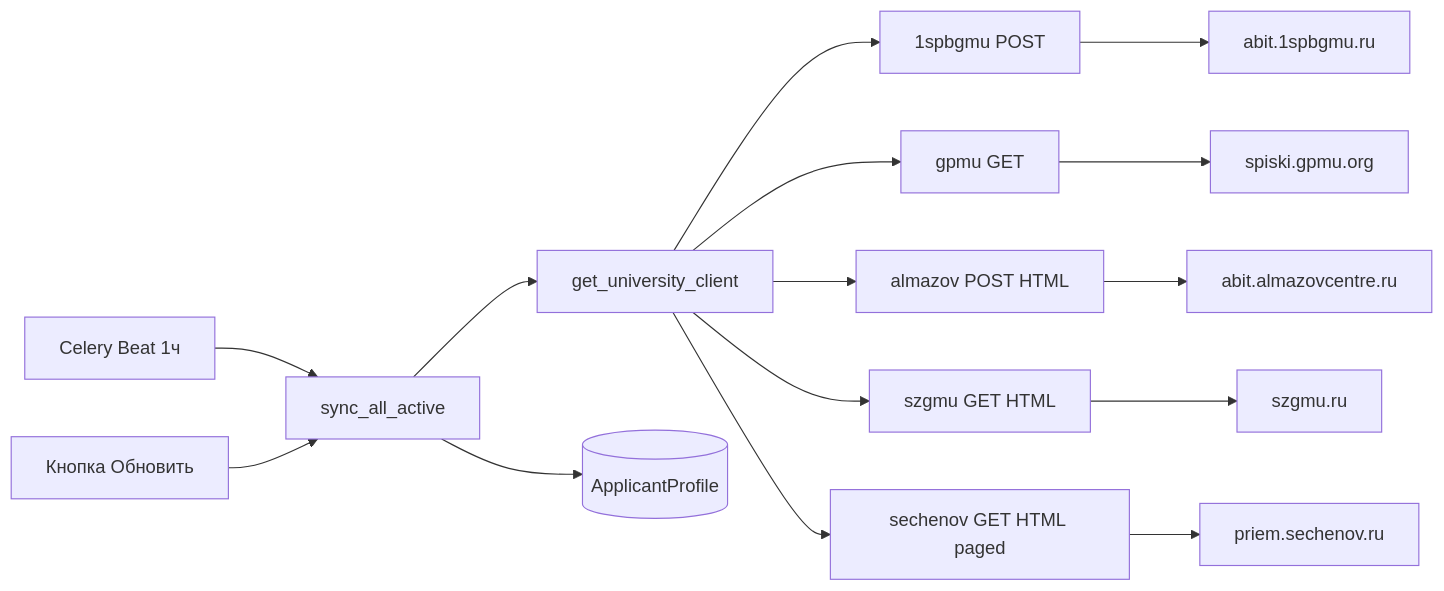
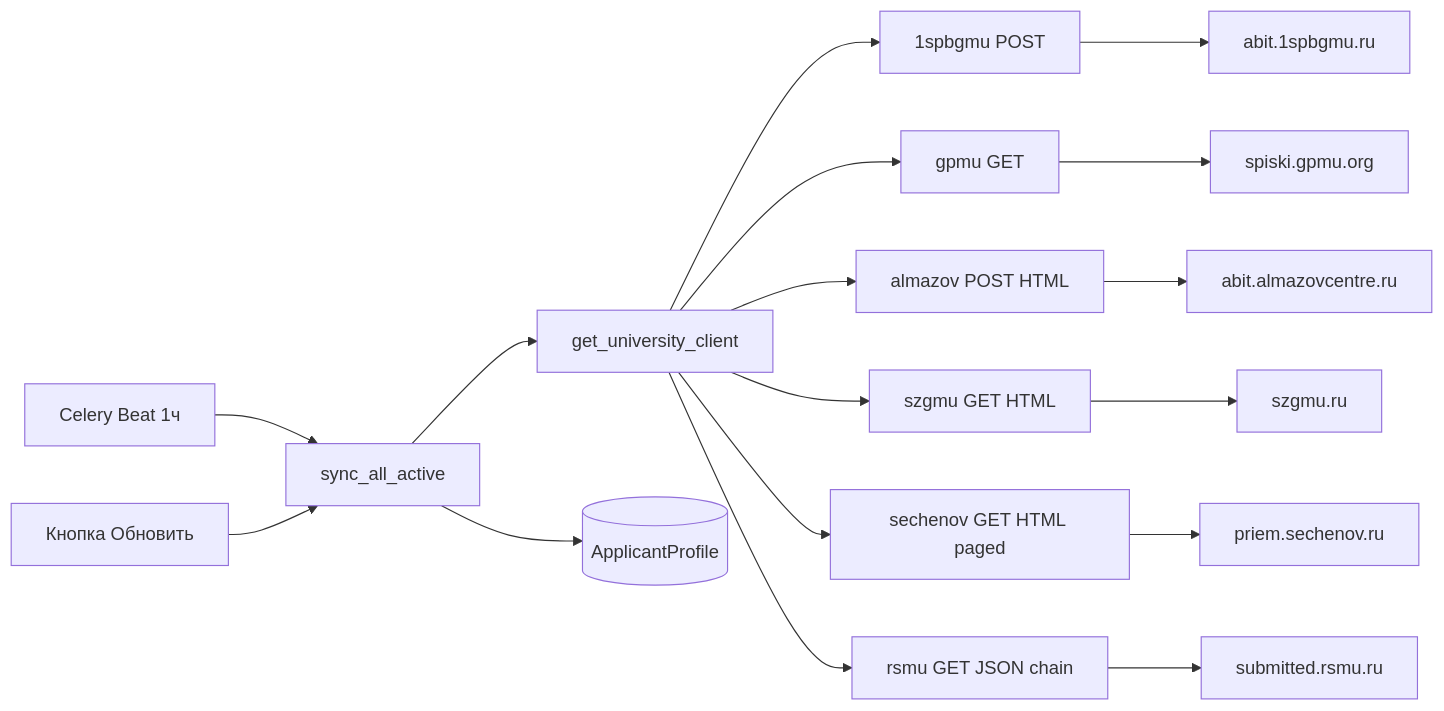
One commit to breduin/abitur changed the diagram in docs/data-sources.md. Above: the diagram before and after it, drawn with Mermaid. The commit also changed other lines of this file and 13 other files, not shown here.

````diff
--- a/docs/data-sources.md
+++ b/docs/data-sources.md
@@ -7,17 +7,19 @@
 ```mermaid
 flowchart LR
     Beat[Celery Beat 1ч] --> Sync[sync_all_active]
     Manual[Кнопка Обновить] --> Sync
     Sync --> Factory[get_university_client]
     Factory --> Client1[1spbgmu POST]
     Factory --> Client2[gpmu GET]
     Factory --> Client3[almazov POST HTML]
     Factory --> Client4[szgmu GET HTML]
     Factory --> Client5[sechenov GET HTML paged]
+    Factory --> Client6[rsmu GET JSON chain]
     Client1 --> API1[abit.1spbgmu.ru]
     Client2 --> API2[spiski.gpmu.org]
     Client3 --> API3[abit.almazovcentre.ru]
     Client4 --> API4[szgmu.ru]
     Client5 --> API5[priem.sechenov.ru]
+    Client6 --> API6[submitted.rsmu.ru]
     Sync --> DB[(ApplicantProfile)]
 ```
````
